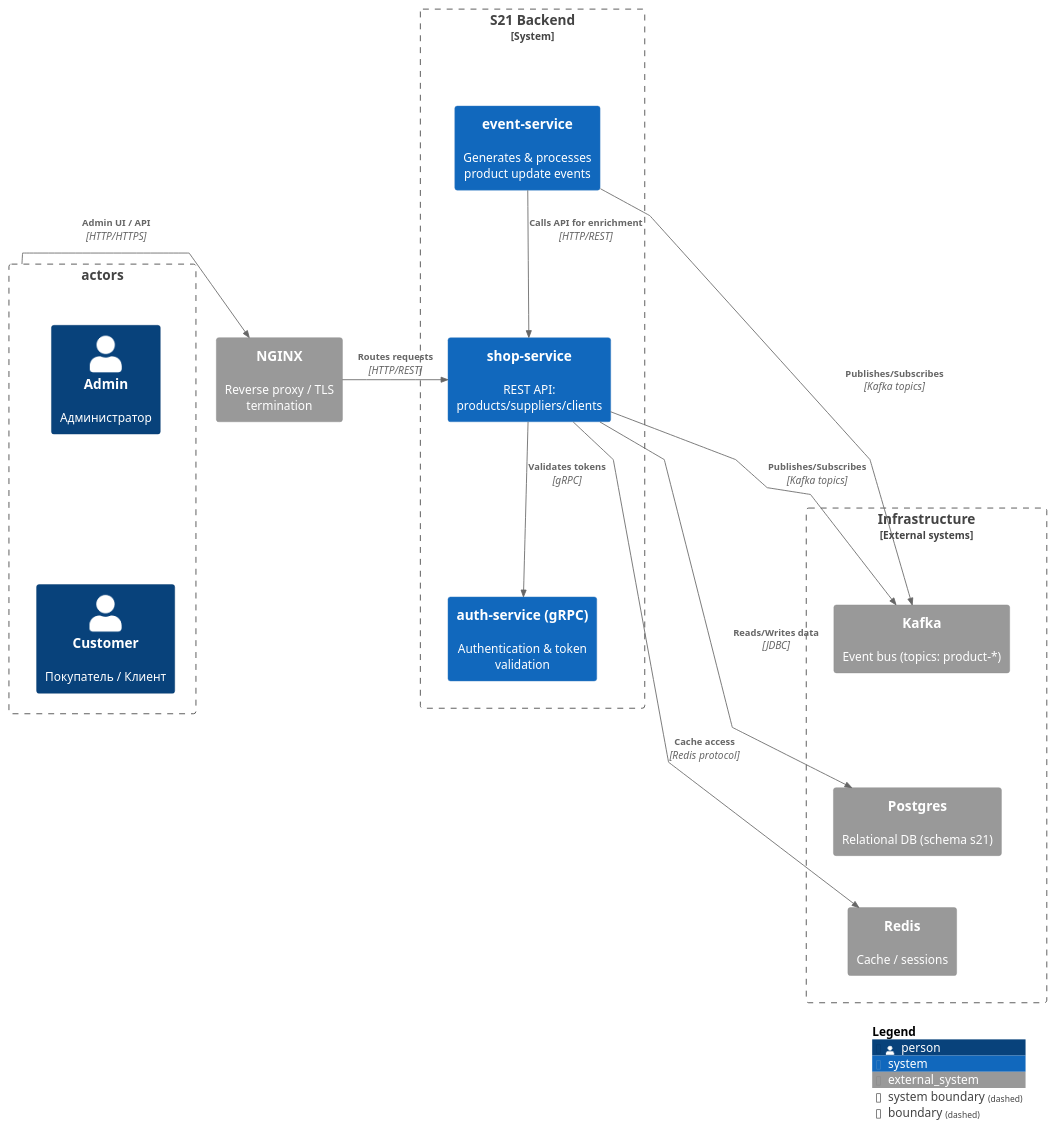
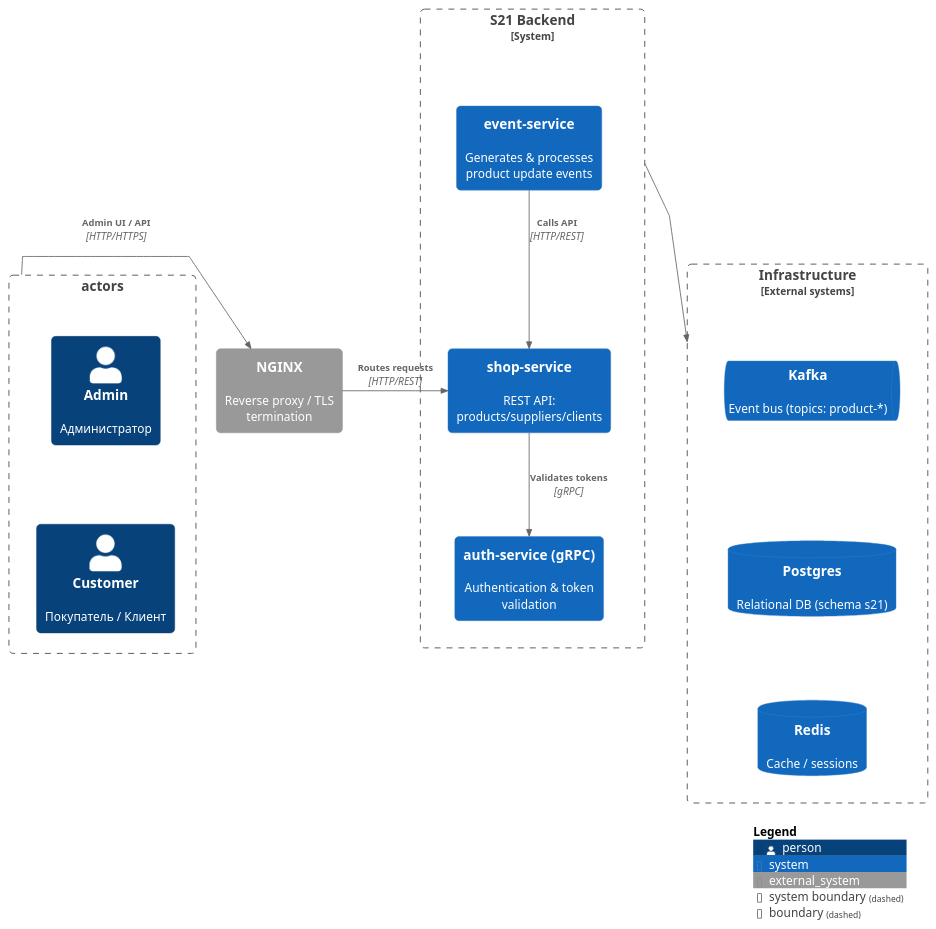
One commit to skiflok/backend_2 changed the diagram in docs/diagrams/src/context2.puml. Above: the diagram before and after it, drawn with PlantUML.

Commit message:
feature/docs: dock

```diff
--- a/docs/diagrams/src/context2.puml
+++ b/docs/diagrams/src/context2.puml
@@ -1,62 +1,59 @@
 @startuml context_s21
 !includeurl https://raw.githubusercontent.com/plantuml-stdlib/C4-PlantUML/master/C4_Context.puml
 
 ' Общий слой: слева → направо
 LAYOUT_LEFT_RIGHT()
 skinparam linetype polyline
 skinparam shadowing false
-skinparam RoundCorner 6
+skinparam RoundCorner 10
 skinparam ArrowFontSize 11
 skinparam componentStyle rect
 
 ' === Actors (слева) ===
 
 Boundary(actors, "actors") {
     Person(customer, "Customer", "Покупатель / Клиент")
     Person(admin, "Admin", "Администратор")
     Lay_D(admin, customer)
 }
 
 ' === Reverse proxy (следующий слой) ===
 System_Ext(nginx, "NGINX", "Reverse proxy / TLS termination")
 
 ' === S21 Backend (по центру, сервисы вертикально) ===
 System_Boundary(s21, "S21 Backend") {
   together {
     LAYOUT_TOP_DOWN()
     System(shop, "shop-service", "REST API: products/suppliers/clients")
     System(event, "event-service", "Generates & processes product update events")
     System(auth, "auth-service (gRPC)", "Authentication & token validation")
   }
 }
 
 ' === Infrastructure (справа, вертикально) ===
 Boundary(infra, "Infrastructure", "External systems") {
   together {
-    System_Ext(kafka, "Kafka", "Event bus (topics: product-*)")
-    System_Ext(postgres, "Postgres", "Relational DB (schema s21)")
-    System_Ext(redis, "Redis", "Cache / sessions")
+    SystemQueue(kafka, "Kafka", "Event bus (topics: product-*)")
+    SystemDb(postgres, "Postgres", "Relational DB (schema s21)")
+    SystemDb(redis, "Redis", "Cache / sessions")
     Lay_D(kafka, postgres)
     Lay_D(postgres, redis)
   }
 }
 
 Lay_D(s21, infra)
 
 ' === Relationships ===
-'Rel_R(customer, nginx, "Uses / interacts", "HTTP/HTTPS")
-'Rel_R(admin, nginx, "Admin UI / API", "HTTP/HTTPS")
+
 Rel_R(actors, nginx, "Admin UI / API", "HTTP/HTTPS")
 
 Rel_R(nginx, shop, "Routes requests", "HTTP/REST")
 
 Rel(shop, auth, "Validates tokens", "gRPC")
-Rel(shop, postgres, "Reads/Writes data", "JDBC")
-Rel(shop, redis, "Cache access", "Redis protocol")
-Rel(shop, kafka, "Publishes/Subscribes", "Kafka topics")
 
-Rel(event, kafka, "Publishes/Subscribes", "Kafka topics")
-Rel(event, shop, "Calls API for enrichment", "HTTP/REST")
+Rel(event, shop, "Calls API", "HTTP/REST")
+
+Rel(s21, infra, "", "")
 
 SHOW_LEGEND()
 @enduml
```
